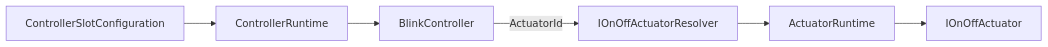
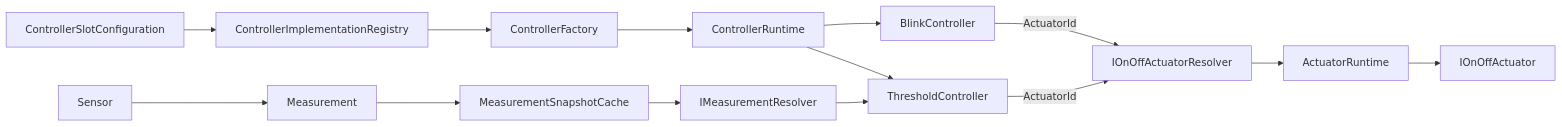
The second of 2 diagrams in docs/ActuatorModel.md (magicamun/EnvNode), drawn with Mermaid before and after one commit. The commit also changed other lines of this file and 10 other files, not shown here.

````diff
--- a/docs/ActuatorModel.md
+++ b/docs/ActuatorModel.md
@@ -68,8 +68,16 @@
 ```mermaid
 flowchart LR
-    C[ControllerSlotConfiguration] --> CR[ControllerRuntime]
+    S[Sensor] --> M[Measurement]
+    M --> C[MeasurementSnapshotCache]
+    C --> MR[IMeasurementResolver]
+    CC[ControllerSlotConfiguration] --> REG[ControllerImplementationRegistry]
+    REG --> F[ControllerFactory]
+    F --> CR[ControllerRuntime]
     CR --> B[BlinkController]
+    CR --> T[ThresholdController]
+    MR --> T
     B -->|ActuatorId| R[IOnOffActuatorResolver]
+    T -->|ActuatorId| R
     R --> A[ActuatorRuntime]
     A --> I[IOnOffActuator]
 ```
````
